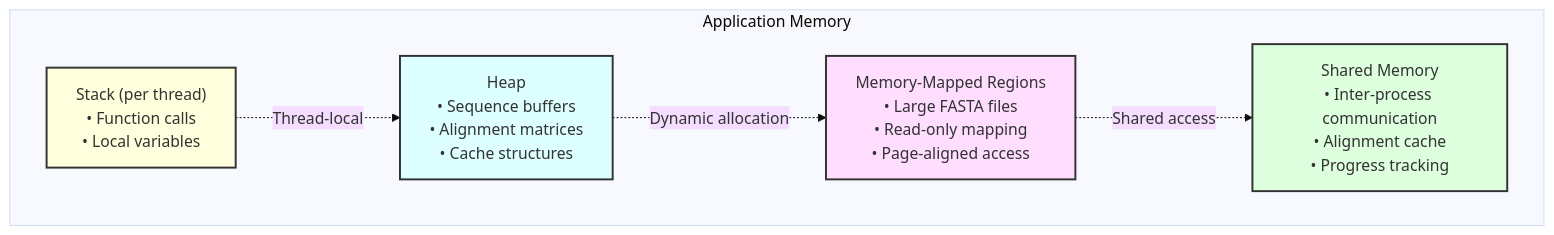
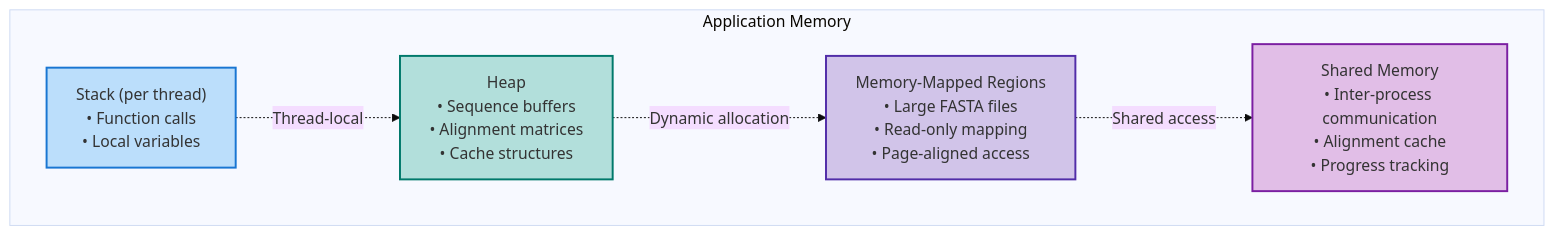
The fourth of 6 diagrams in docs/src/development/architecture.md (bfowle/talaria), drawn with Mermaid (base theme) before and after one commit. The commit also changed other lines of this file and 104 other files, not shown here.

Commit message:
feat: implement content-addressed storage graph (CASG) foundation

````diff
--- a/docs/src/development/architecture.md
+++ b/docs/src/development/architecture.md
@@ -274,18 +289,18 @@
 ```mermaid
 graph TB
     subgraph "Application Memory"
         A["Stack (per thread)<br/>• Function calls<br/>• Local variables"]
         B["Heap<br/>• Sequence buffers<br/>• Alignment matrices<br/>• Cache structures"]
         C["Memory-Mapped Regions<br/>• Large FASTA files<br/>• Read-only mapping<br/>• Page-aligned access"]
         D["Shared Memory<br/>• Inter-process communication<br/>• Alignment cache<br/>• Progress tracking"]
     end
     
     A -.->|Thread-local| B
     B -.->|Dynamic allocation| C
     C -.->|Shared access| D
     
-    style A fill:#ffd,stroke:#333,stroke-width:2px
-    style B fill:#dff,stroke:#333,stroke-width:2px
-    style C fill:#fdf,stroke:#333,stroke-width:2px
-    style D fill:#dfd,stroke:#333,stroke-width:2px
+    style A stroke:#1976d2,stroke-width:2px,fill:#bbdefb
+    style B stroke:#00796b,stroke-width:2px,fill:#b2dfdb
+    style C stroke:#512da8,stroke-width:2px,fill:#d1c4e9
+    style D stroke:#7b1fa2,stroke-width:2px,fill:#e1bee7
 ```
````
